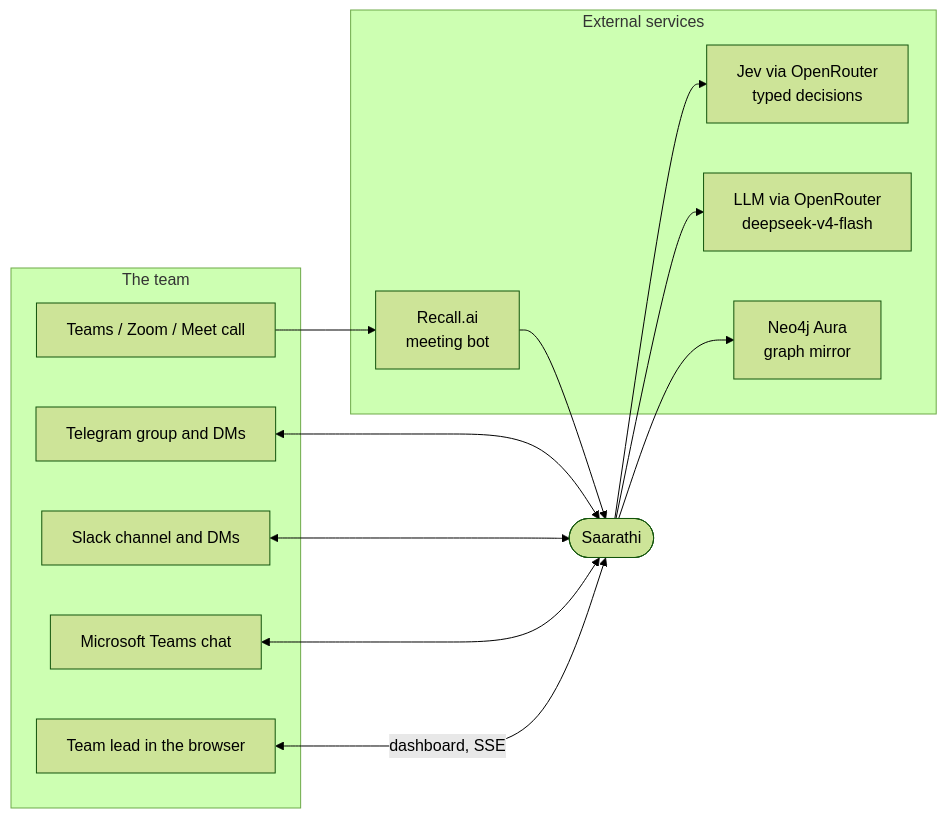
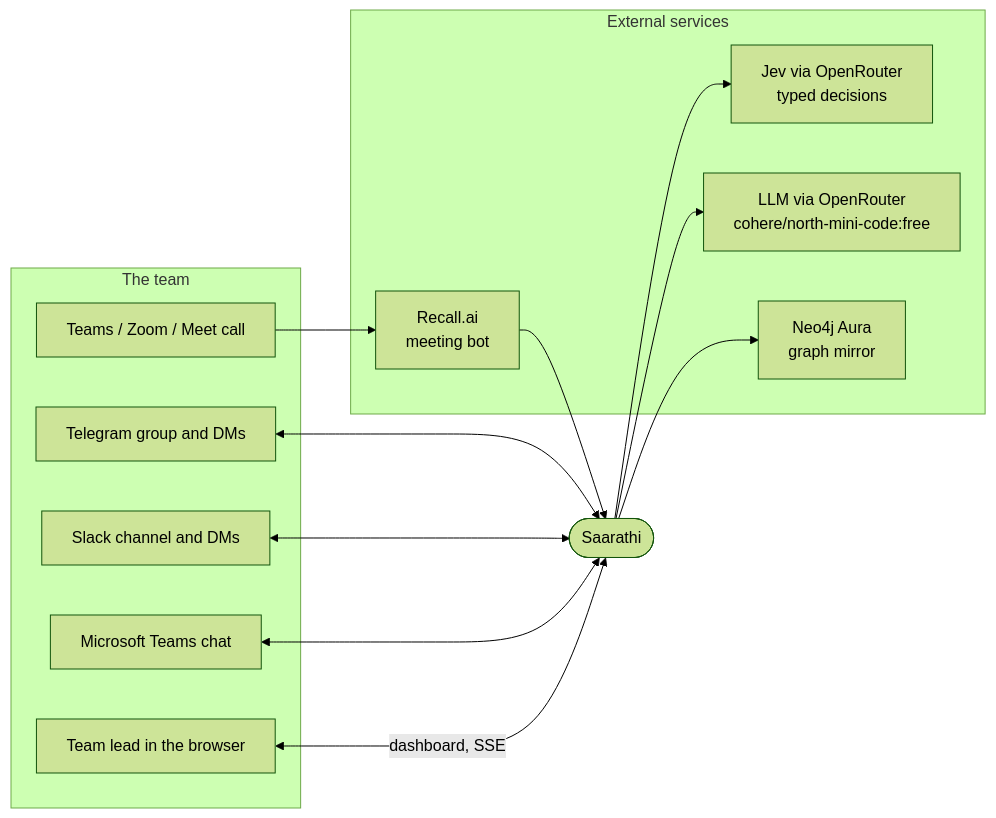
The first of 14 diagrams in README.md (Itachi-of-the-Leaf/Hermes), drawn with Mermaid (forest theme) before and after one commit. The commit also changed other lines of this file, not shown here.

Commit message:
Use cohere/north-mini-code:free as the default LLM in the docs
Replace deepseek/deepseek-v4-flash with cohere/north-mini-code:free
in the architecture diagram and the tech stack table.

````diff
--- a/README.md
+++ b/README.md
@@ -123,28 +123,28 @@
 ```mermaid
 flowchart LR
   subgraph Team["The team"]
     TG["Telegram group and DMs"]
     SL["Slack channel and DMs"]
     MT["Microsoft Teams chat"]
     CALL["Teams / Zoom / Meet call"]
     LEAD["Team lead in the browser"]
   end
 
   SAARATHI(["Saarathi"])
 
   subgraph External["External services"]
     JEV["Jev via OpenRouter<br/>typed decisions"]
-    LLM["LLM via OpenRouter<br/>deepseek-v4-flash"]
+    LLM["LLM via OpenRouter<br/>cohere/north-mini-code:free"]
     RECALL["Recall.ai<br/>meeting bot"]
     NEO["Neo4j Aura<br/>graph mirror"]
   end
 
   TG <--> SAARATHI
   SL <--> SAARATHI
   MT <--> SAARATHI
   CALL --> RECALL --> SAARATHI
   LEAD <-->|"dashboard, SSE"| SAARATHI
   SAARATHI --> JEV
   SAARATHI --> LLM
   SAARATHI --> NEO
 ```
````
